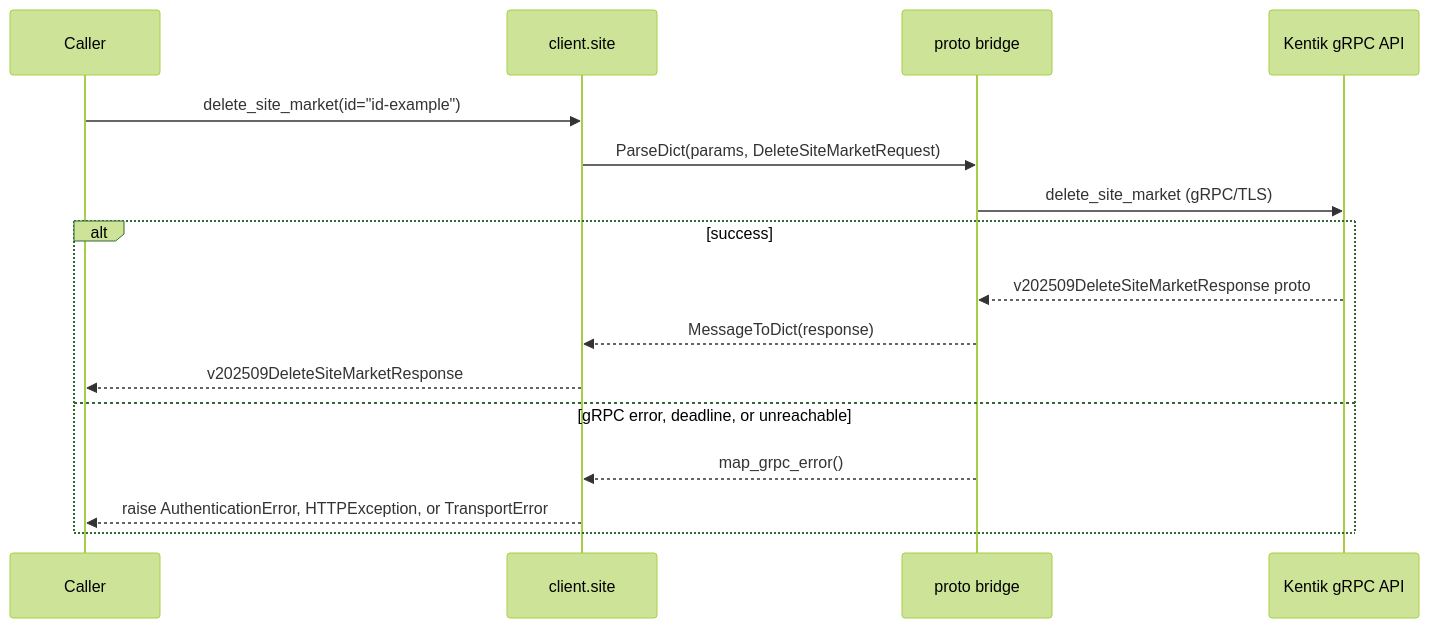
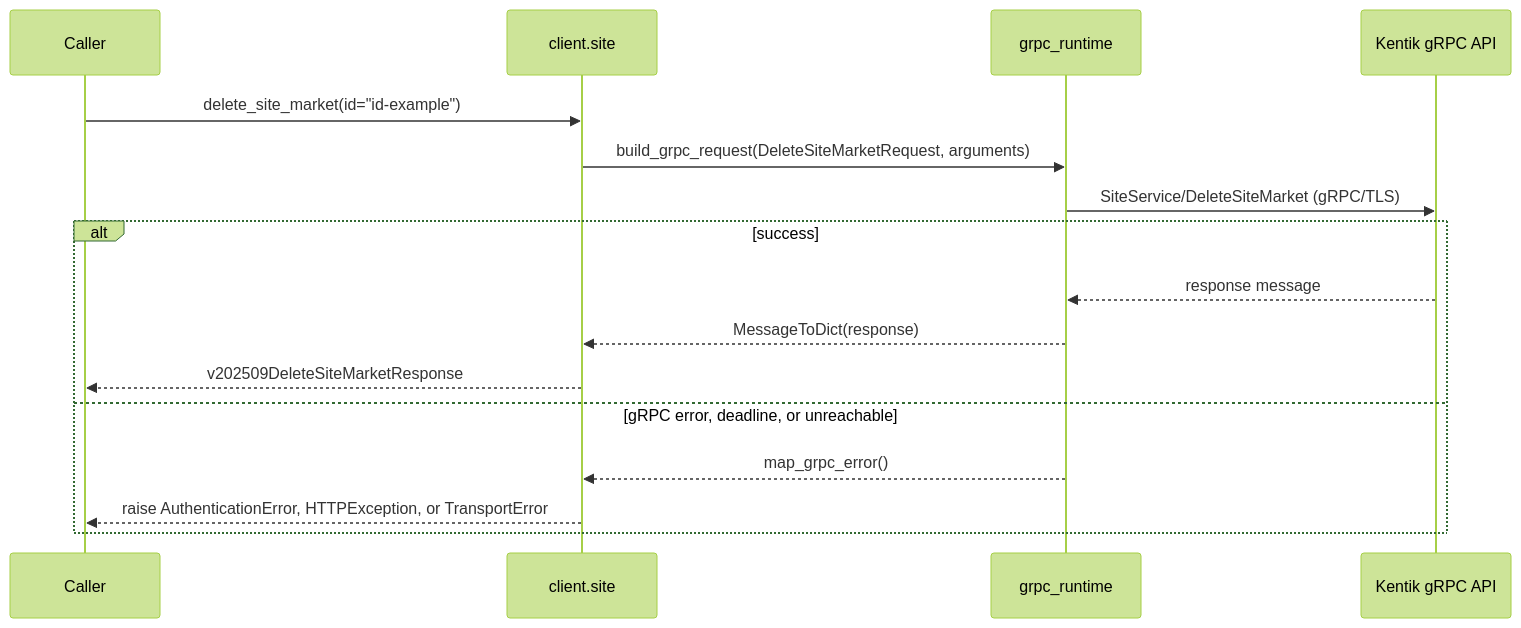
Diagram 11 of 22 in docs/sphinx/services/site.md (alexdearaujo/community_sdk_python), drawn with Mermaid (forest theme) before and after one commit. The commit also changed other lines of this file and 37 other files, not shown here.

First line of the commit message:
docs: show the real RPC in each service page's gRPC diagram

````diff
--- a/docs/sphinx/services/site.md
+++ b/docs/sphinx/services/site.md
@@ -357,19 +357,19 @@
 ```mermaid
 sequenceDiagram
     participant C as Caller
     participant W as client.site
-    participant B as proto bridge
+    participant R as grpc_runtime
     participant API as Kentik gRPC API
 
     C->>W: delete_site_market(id="id-example")
-    W->>B: ParseDict(params, DeleteSiteMarketRequest)
-    B->>API: delete_site_market (gRPC/TLS)
+    W->>R: build_grpc_request(DeleteSiteMarketRequest, arguments)
+    R->>API: SiteService/DeleteSiteMarket (gRPC/TLS)
     alt success
-        API-->>B: v202509DeleteSiteMarketResponse proto
-        B-->>W: MessageToDict(response)
+        API-->>R: response message
+        R-->>W: MessageToDict(response)
         W-->>C: v202509DeleteSiteMarketResponse
     else gRPC error, deadline, or unreachable
-        B-->>W: map_grpc_error()
+        R-->>W: map_grpc_error()
         W-->>C: raise AuthenticationError, HTTPException, or TransportError
     end
 ```
````
